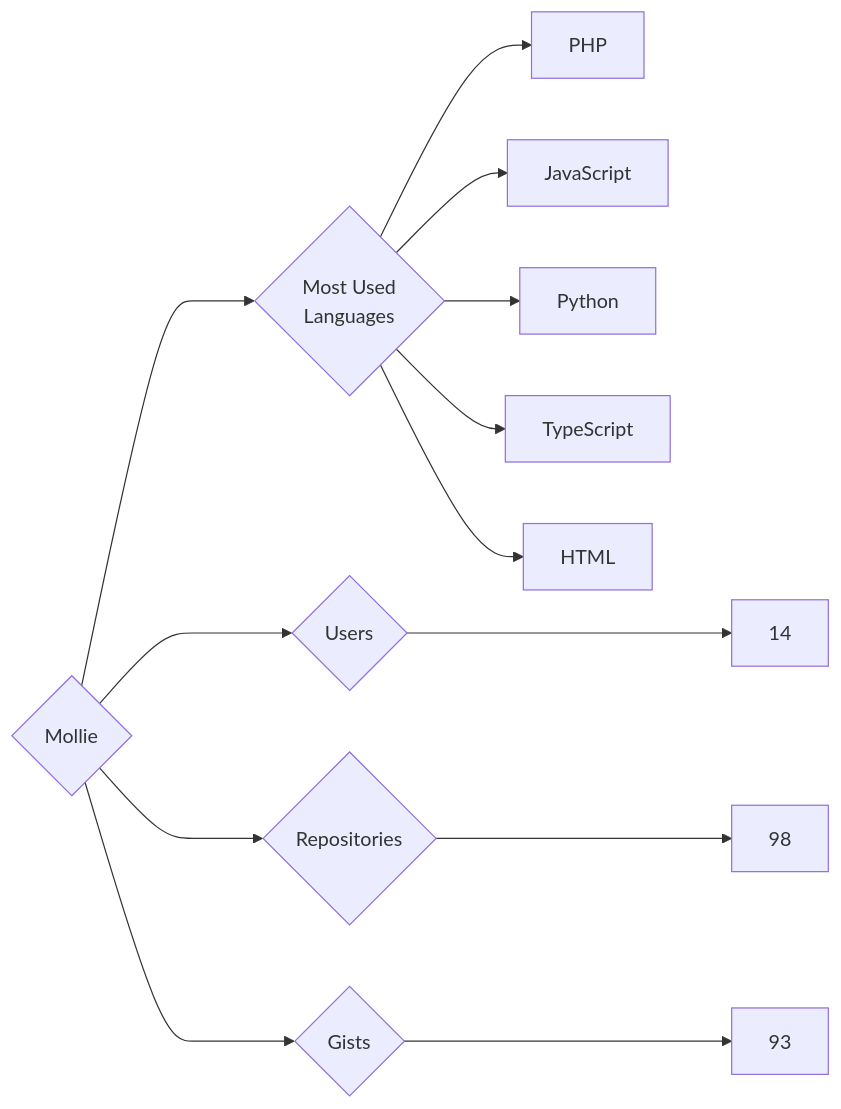
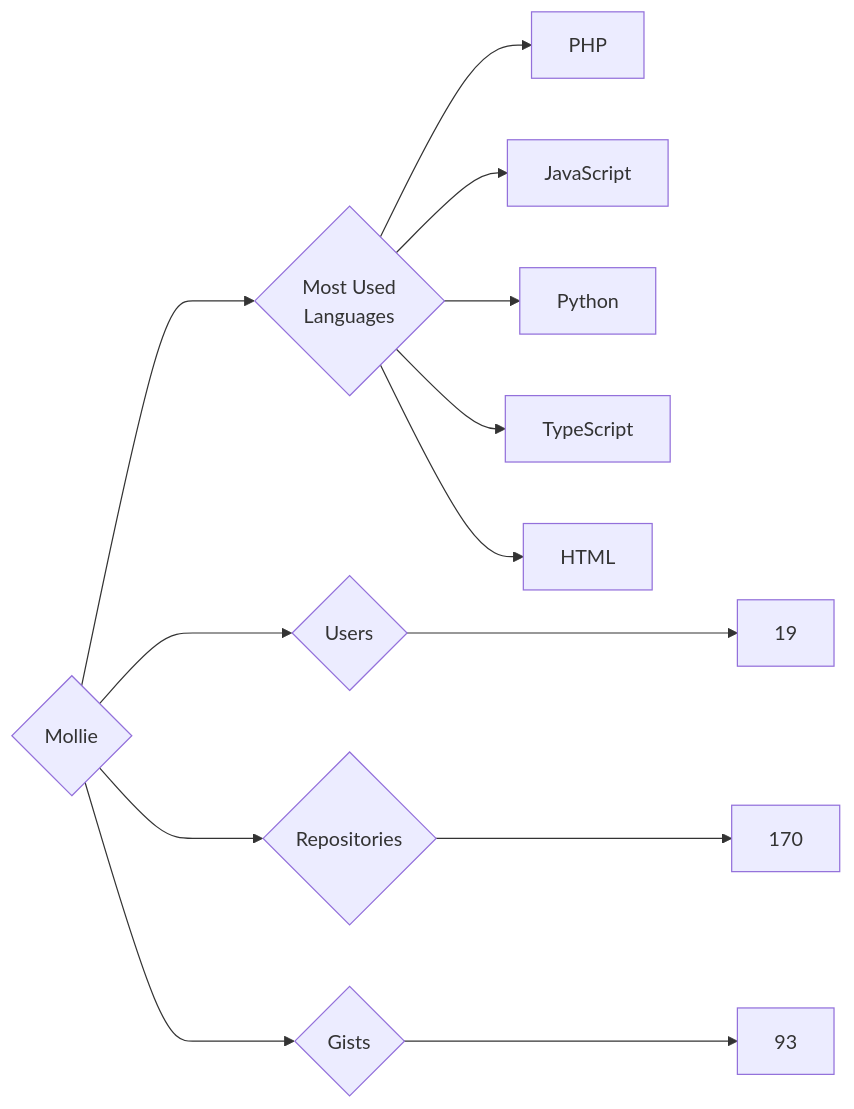
One commit to trickest/insiders changed the diagram in targets/Mollie/README.md. Above: the diagram before and after it, drawn with Mermaid. The commit also changed 765 other files, not shown here.

````diff
--- a/targets/Mollie/README.md
+++ b/targets/Mollie/README.md
@@ -3,13 +3,13 @@
 ```mermaid
 graph LR
 COMPANY_NAME{Mollie}
-COMPANY_NAME ---> U{Users} ---> UN[14]
-COMPANY_NAME ---> R{Repositories} ---> RN[98]
+COMPANY_NAME ---> U{Users} ---> UN[19]
+COMPANY_NAME ---> R{Repositories} ---> RN[170]
 COMPANY_NAME ---> G{Gists} ---> GN[93]
 COMPANY_NAME ---> ML{Most Used<br>Languages}
 ML --> PHP[PHP]
 ML --> JavaScript[JavaScript]
 ML --> Python[Python]
 ML --> TypeScript[TypeScript]
 ML --> HTML[HTML]
 ```
````
